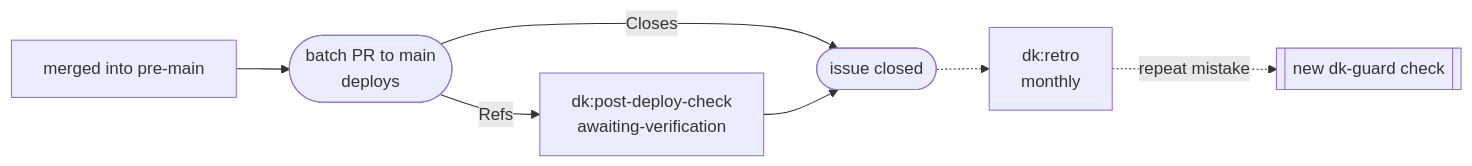
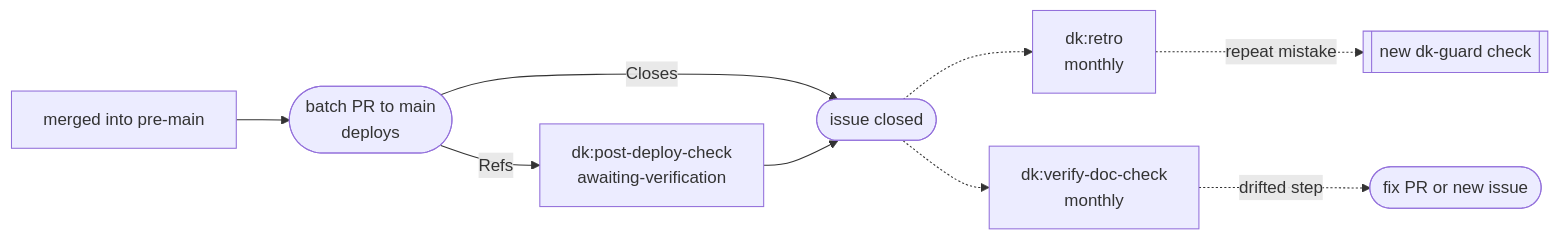
Before and after one commit to kaminski-dev/dk-agent-kit: the third of 4 diagrams in README.md, drawn with Mermaid. The commit also changed other lines of this file, not shown here.

Commit message:
README: show dk:verify-doc-check as a monthly run beside dk:retro (#20)

````diff
--- a/README.md
+++ b/README.md
@@ -65,9 +65,11 @@
 ```mermaid
 flowchart LR
   pr["merged into pre-main"] --> batch(["batch PR to main<br/>deploys"])
   batch -- "Closes" --> closed(["issue closed"])
   batch -- "Refs" --> check["dk:post-deploy-check<br/>awaiting-verification"]
   check --> closed
   closed -.-> retro["dk:retro<br/>monthly"]
   retro -. "repeat mistake" .-> guard[["new dk-guard check"]]
+  closed -.-> vdc["dk:verify-doc-check<br/>monthly"]
+  vdc -. "drifted step" .-> fix(["fix PR or new issue"])
 ```
````
